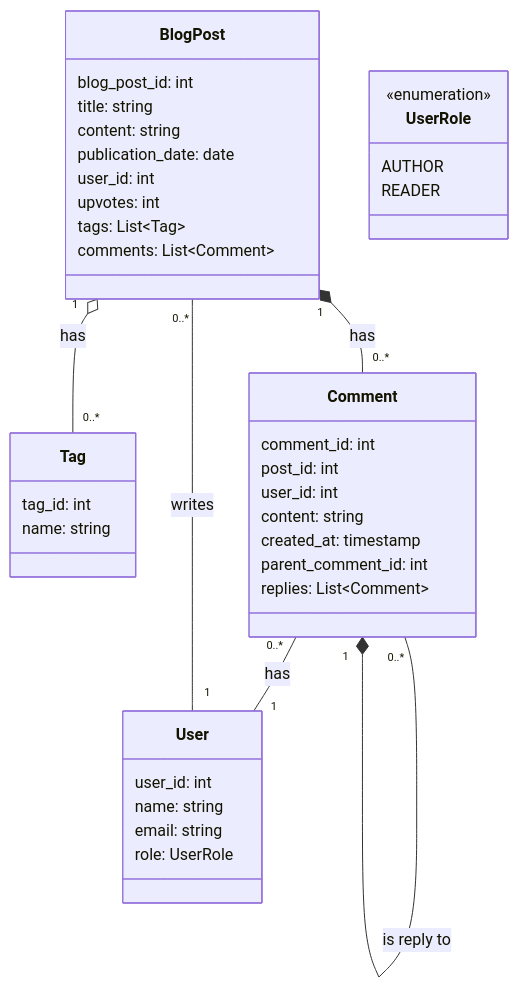
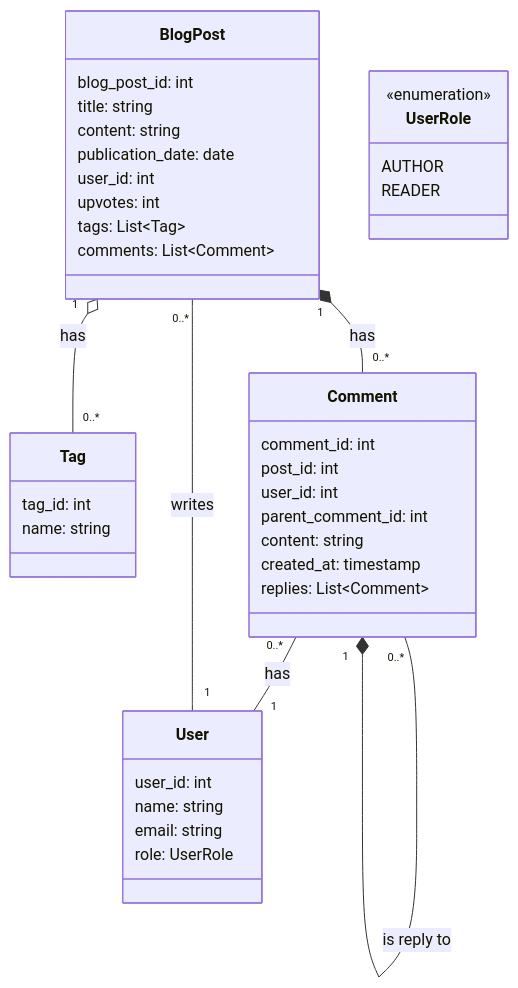
The diagram in diagrams/CLASS-DIAGRAM.md (DenisJulio/blog-api), drawn with Mermaid before and after one commit. The commit also changed other lines of this file, not shown here.

Commit message:
Rearrange class diagram modeling file

````diff
--- a/diagrams/CLASS-DIAGRAM.md
+++ b/diagrams/CLASS-DIAGRAM.md
@@ -3,47 +3,47 @@
 ```mermaid
 classDiagram
     class BlogPost {
         blog_post_id: int
         title: string
         content: string
         publication_date: date
         user_id: int
         upvotes: int
         tags: List~Tag~
         comments: List~Comment~
     }
 
     class Tag {
         tag_id: int
         name: string
     }
 
     class User {
         user_id: int
         name: string
         email: string
         role: UserRole  
     }
     
     class UserRole {
         <<enumeration>>
         AUTHOR
         READER
     }
 
     class Comment {
         comment_id: int
         post_id: int
         user_id: int
+        parent_comment_id: int
         content: string
         created_at: timestamp
-        parent_comment_id: int
         replies: List~Comment~
     }
 
     BlogPost "1" o-- "0..*" Tag: has
     User "1" -- "0..*" BlogPost: writes
     BlogPost "1" *-- "0..*" Comment: has
     Comment "0..*" -- "1" User: has
     Comment "0..*" --* "1" Comment: is reply to
 ```
````
